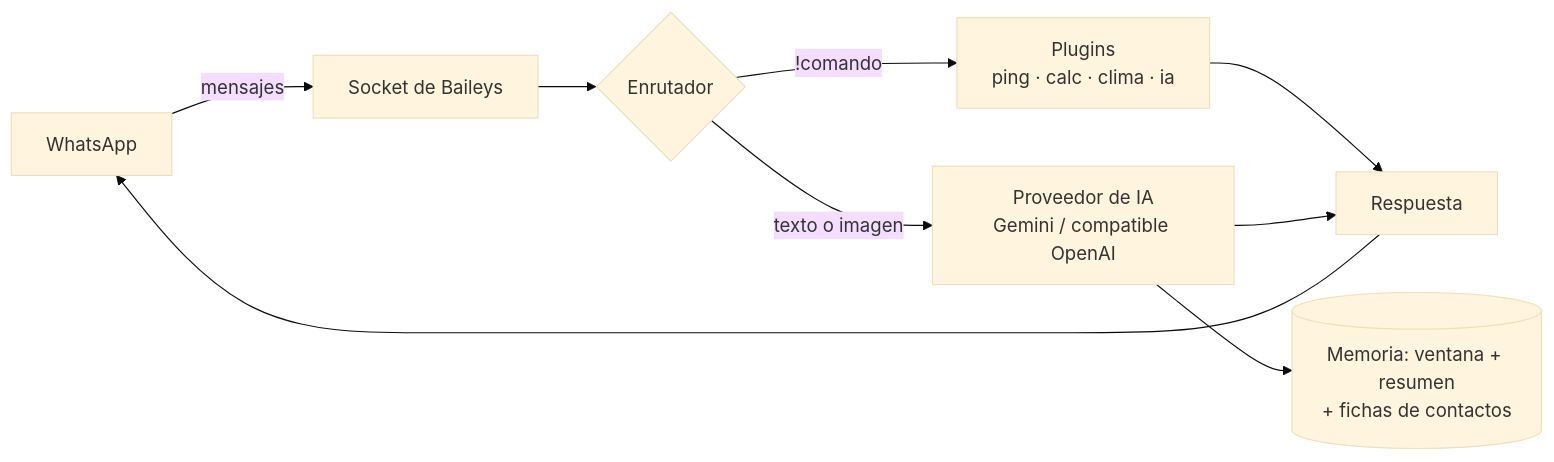
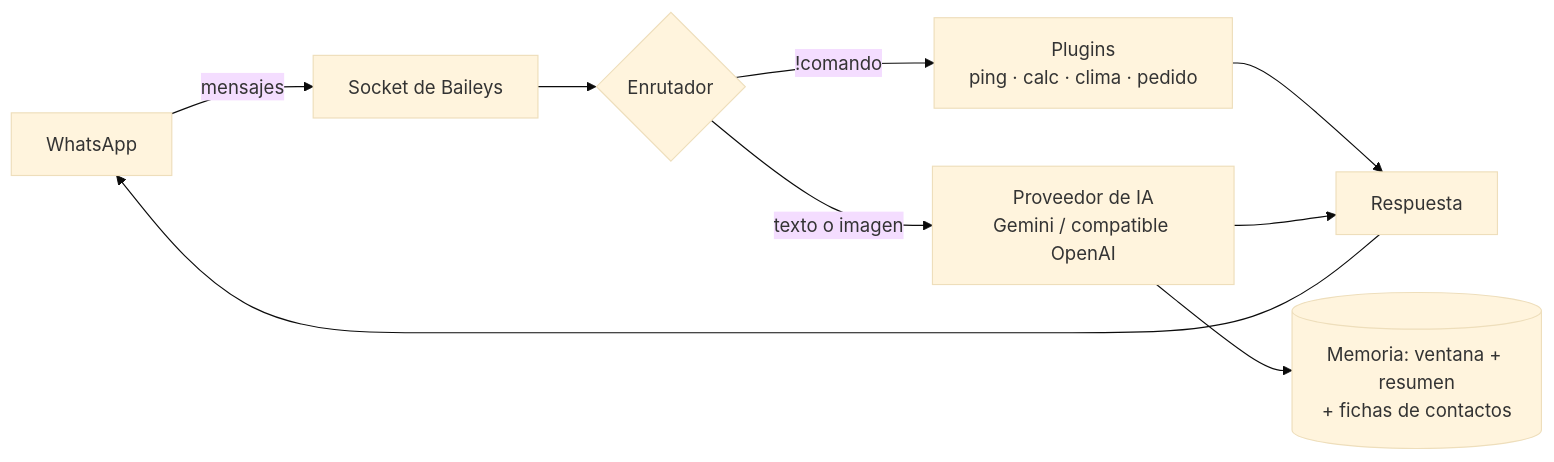
One commit to 987rafa/whatsapp-ai-agent changed the diagram in README.es.md. Above: the diagram before and after it, drawn with Mermaid (base theme). The commit also changed other lines of this file and 9 other files, not shown here.

````diff
--- a/README.es.md
+++ b/README.es.md
@@ -144,11 +160,11 @@
 ```mermaid
 flowchart LR
     WA[WhatsApp] -->|mensajes| B[Socket de Baileys]
     B --> R{Enrutador}
-    R -->|"!comando"| P[Plugins<br/>ping · calc · clima · ia]
+    R -->|"!comando"| P[Plugins<br/>ping · calc · clima · pedido]
     R -->|texto o imagen| A[Proveedor de IA<br/>Gemini / compatible OpenAI]
     A --> M[(Memoria: ventana + resumen<br/>+ fichas de contactos)]
     P --> O[Respuesta]
     A --> O
     O --> WA
 ```
````
